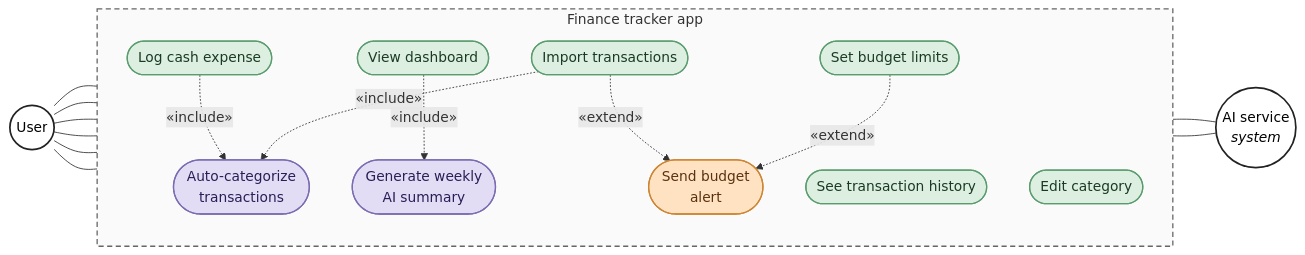
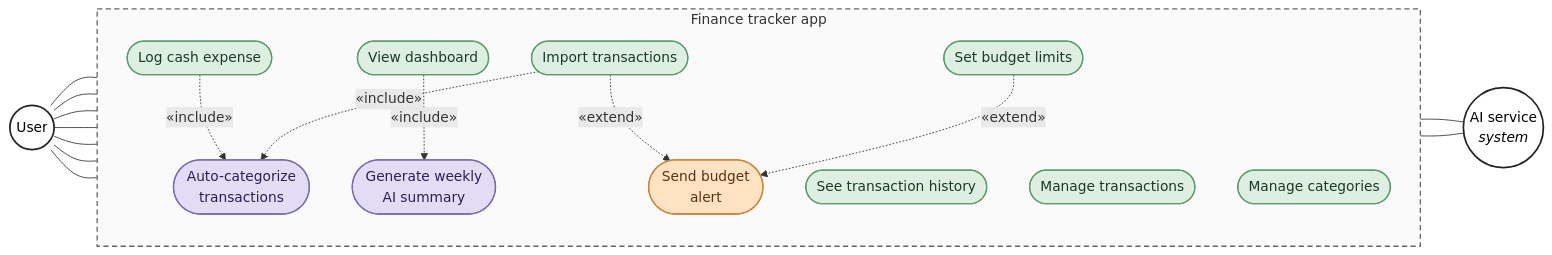
The diagram in docs/architecture/UML_DIAGRAM.md (AET-DevOps26/team-99-downtime), drawn with Mermaid before and after one commit.

Commit message:
Adapt Use Case diagram (#4)

````diff
--- a/docs/architecture/UML_DIAGRAM.md
+++ b/docs/architecture/UML_DIAGRAM.md
@@ -1,55 +1,57 @@
 ```mermaid
 flowchart LR
     %% ===== Actors =====
     User((User))
     AIService(("AI service<br/><i>system</i>"))
 
     %% ===== System boundary =====
     subgraph App["Finance tracker app"]
         direction TB
 
         %% --- User actions (green) ---
         UC1(["Import transactions"]):::userAction
         UC2(["Log cash expense"]):::userAction
         UC3(["View dashboard"]):::userAction
         UC4(["Set budget limits"]):::userAction
         UC5(["See transaction history"]):::userAction
-        UC6(["Edit category"]):::userAction
+        UC6(["Manage transactions"]):::userAction
+        UC7(["Manage categories"]):::userAction
 
         %% --- AI / system (purple) ---
         UC9(["Auto-categorize<br/>transactions"]):::aiSystem
         UC10(["Generate weekly<br/>AI summary"]):::aiSystem
 
         %% --- Alert (orange) ---
         UC11(["Send budget<br/>alert"]):::alert
     end
 
     %% ===== User associations =====
     User --- UC1
     User --- UC2
     User --- UC3
     User --- UC4
     User --- UC5
     User --- UC6
+    User --- UC7
 
     %% ===== AI service associations =====
     UC9  --- AIService
     UC10 --- AIService
 
     %% ===== Include / Extend =====
     UC1 -. "&laquo;include&raquo;" .-> UC9
     UC2 -. "&laquo;include&raquo;" .-> UC9
     UC3 -. "&laquo;include&raquo;" .-> UC10
     UC4 -. "&laquo;extend&raquo;"  .-> UC11
     UC1 -. "&laquo;extend&raquo;"  .-> UC11
 
     %% ===== Styles =====
     classDef userAction fill:#dcefe0,stroke:#5a9c6e,stroke-width:1.5px,color:#1a3a25;
     classDef aiSystem   fill:#e3dcf5,stroke:#7b6cb0,stroke-width:1.5px,color:#2a1f55;
     classDef alert      fill:#ffe2c2,stroke:#cc8533,stroke-width:1.5px,color:#5a3210;
     classDef actor      fill:#ffffff,stroke:#222,stroke-width:2px,color:#000;
 
     class User,AIService actor;
 
     style App fill:#fafafa,stroke:#666,stroke-width:1.5px,stroke-dasharray:6 4;
 ```
````
